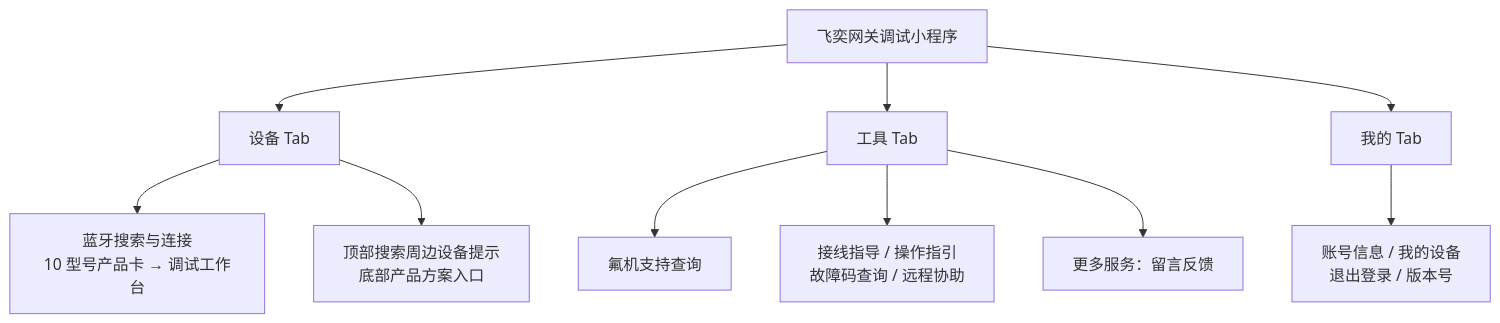
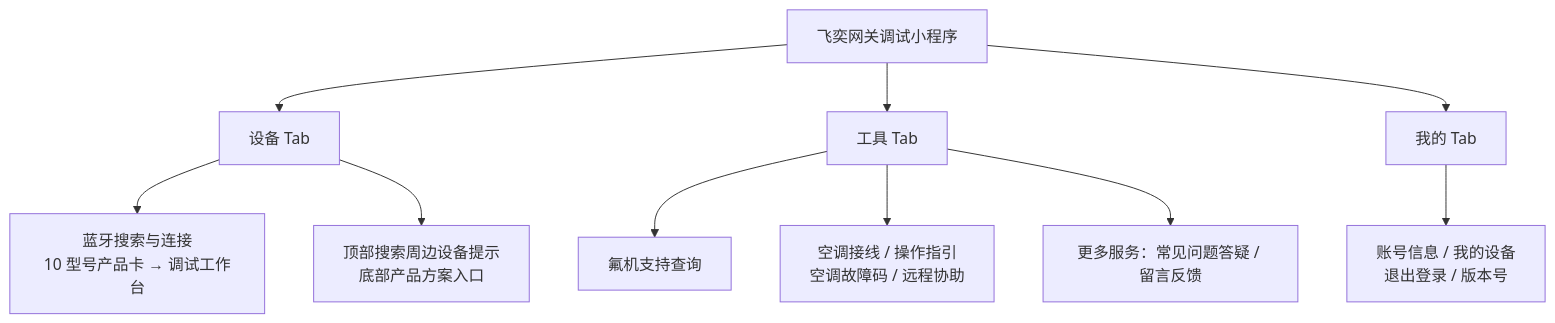
One commit to hidingwenwu/gwdbg-demo changed the first of 2 diagrams in docs/飞奕网关调试小程序功能说明书.md. Above: the diagram before and after it, drawn with Mermaid. The commit also changed other lines of this file and 19 other files, not shown here.

Commit message:
工具中心改版：接线指导更名空调接线；故障码查询更名空调故障码（品牌必选校验、结果卡查询后显示、移除关联网关侧表现与相关文章）；更多服务新增常见问题答疑专栏（折叠问答6条预置+去留言反馈闭环）；功能说明书/测试/截图同步

````diff
--- a/docs/飞奕网关调试小程序功能说明书.md
+++ b/docs/飞奕网关调试小程序功能说明书.md
@@ -38,12 +38,12 @@
 ```mermaid
 flowchart TD
     A[飞奕网关调试小程序] --> B[设备 Tab]
     A --> C[工具 Tab]
     A --> D[我的 Tab]
     B --> B1[蓝牙搜索与连接<br/>10 型号产品卡 → 调试工作台]
     B --> B2[顶部搜索周边设备提示<br/>底部产品方案入口]
     C --> C1[氟机支持查询]
-    C --> C2[接线指导 / 操作指引<br/>故障码查询 / 远程协助]
-    C --> C3[更多服务：留言反馈]
+    C --> C2[空调接线 / 操作指引<br/>空调故障码 / 远程协助]
+    C --> C3[更多服务：常见问题答疑 / 留言反馈]
     D --> D1[账号信息 / 我的设备<br/>退出登录 / 版本号]
 ```
````
